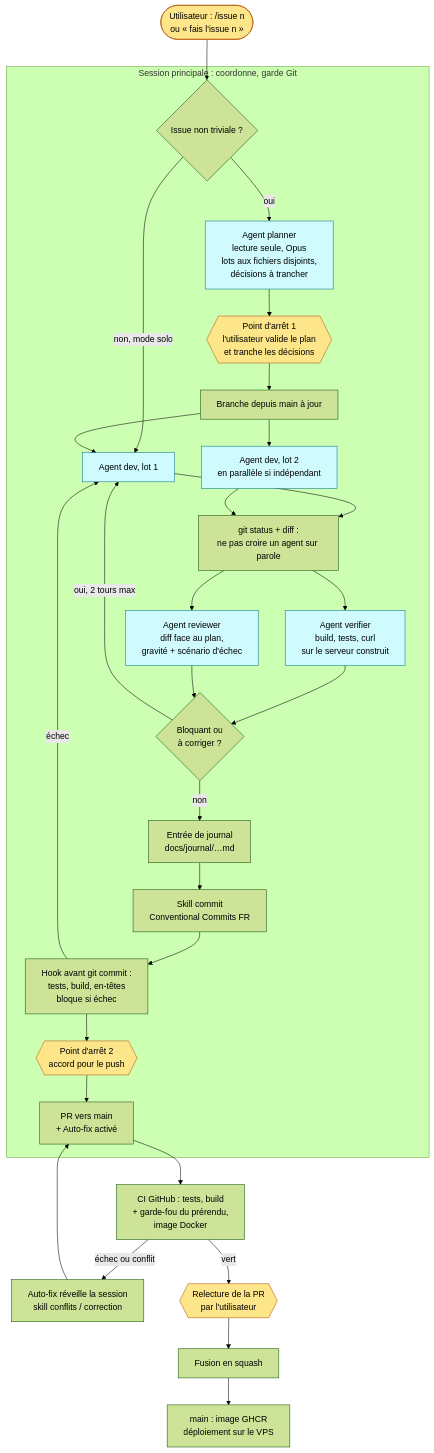
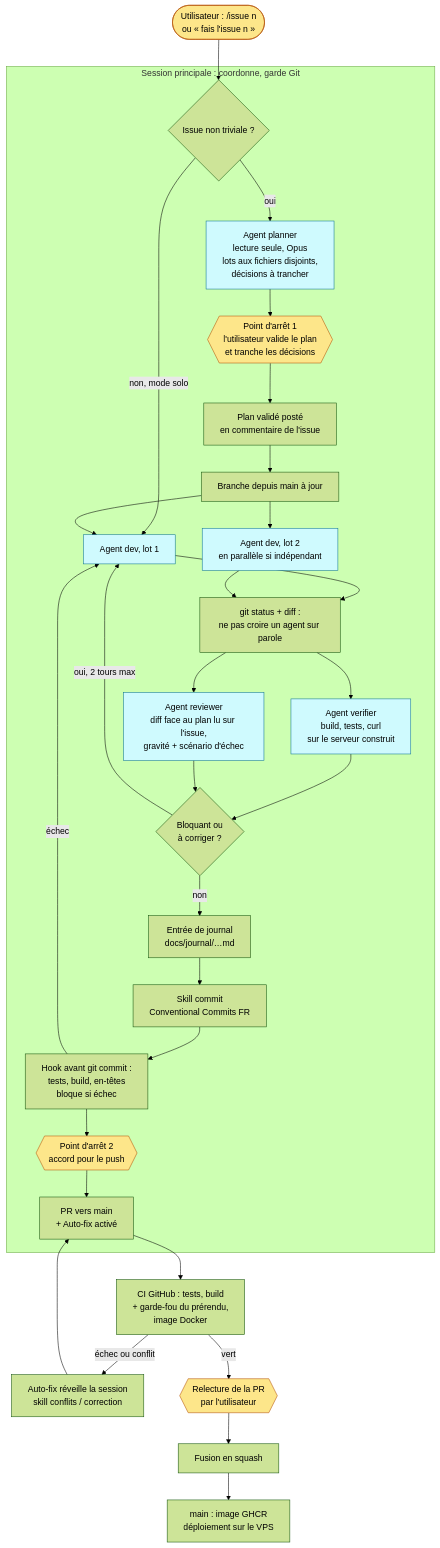
The diagram in docs/workflow-agentique.md (matthisRipoche/Front-end-avance), drawn with Mermaid (forest theme) before and after one commit. The commit also changed other lines of this file and 3 other files, not shown here.

First line of the commit message:
chore(agent): poster le plan validé sur l'issue pour le reviewer

````diff
--- a/docs/workflow-agentique.md
+++ b/docs/workflow-agentique.md
@@ -7,38 +7,39 @@
 ```mermaid
 flowchart TD
     U([Utilisateur : /issue n<br/>ou « fais l'issue n »]) --> S
 
     subgraph SP[Session principale : coordonne, garde Git]
         S{Issue non triviale ?}
         S -- oui --> P[Agent planner<br/>lecture seule, Opus<br/>lots aux fichiers disjoints,<br/>décisions à trancher]
         S -- non, mode solo --> D1
         P --> V1{{Point d'arrêt 1<br/>l'utilisateur valide le plan<br/>et tranche les décisions}}
-        V1 --> B[Branche depuis main à jour]
+        V1 --> PL[Plan validé posté<br/>en commentaire de l'issue]
+        PL --> B[Branche depuis main à jour]
         B --> D1[Agent dev, lot 1]
         B --> D2[Agent dev, lot 2<br/>en parallèle si indépendant]
         D1 & D2 --> C[git status + diff :<br/>ne pas croire un agent sur parole]
         C --> VR[Agent verifier<br/>build, tests, curl<br/>sur le serveur construit]
-        C --> RV[Agent reviewer<br/>diff face au plan,<br/>gravité + scénario d'échec]
+        C --> RV[Agent reviewer<br/>diff face au plan lu sur l'issue,<br/>gravité + scénario d'échec]
         VR & RV --> OK{Bloquant ou<br/>à corriger ?}
         OK -- oui, 2 tours max --> D1
         OK -- non --> J[Entrée de journal<br/>docs/journal/…md]
         J --> K[Skill commit<br/>Conventional Commits FR]
         K --> HK[Hook avant git commit :<br/>tests, build, en-têtes<br/>bloque si échec]
         HK -- échec --> D1
         HK --> V2
         V2{{Point d'arrêt 2<br/>accord pour le push}}
         V2 --> PR[PR vers main<br/>+ Auto-fix activé]
     end
 
     PR --> CI[CI GitHub : tests, build<br/>+ garde-fou du prérendu,<br/>image Docker]
     CI -- échec ou conflit --> AF[Auto-fix réveille la session<br/>skill conflits / correction]
     AF --> PR
     CI -- vert --> R{{Relecture de la PR<br/>par l'utilisateur}}
     R --> M[Fusion en squash]
     M --> DEP[main : image GHCR<br/>déploiement sur le VPS]
 
     classDef humain fill:#fde68a,stroke:#b45309,color:#000
     classDef agent fill:#cffafe,stroke:#0e7490,color:#000
     class V1,V2,R,U humain
     class P,D1,D2,VR,RV agent
 ```
````
